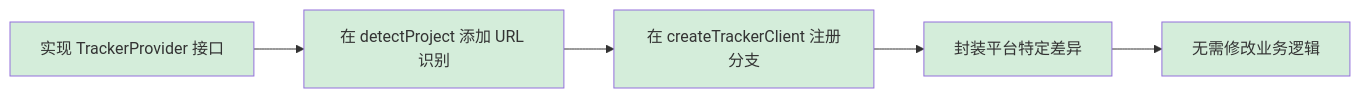
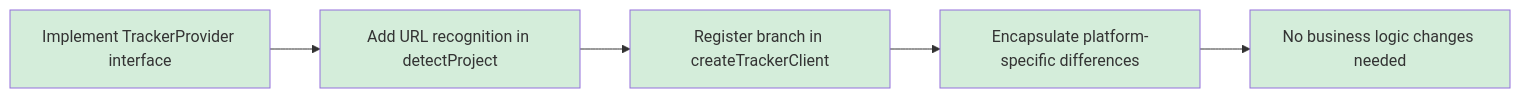
Before and after one commit to easyhaloo/afk: diagram 11 of 11 in docs/ARCHITECTURE.md, drawn with Mermaid. The commit also changed other lines of this file, not shown here.

Commit message:
docs: add English ARCHITECTURE.md

````diff
--- a/docs/ARCHITECTURE.md
+++ b/docs/ARCHITECTURE.md
@@ -618,10 +618,10 @@
 ```mermaid
 graph LR
-    A[实现 TrackerProvider 接口] --> B[在 detectProject 添加 URL 识别]
-    B --> C[在 createTrackerClient 注册分支]
-    C --> D[封装平台特定差异]
-    D --> E[无需修改业务逻辑]
+    A[Implement TrackerProvider interface] --> B[Add URL recognition in detectProject]
+    B --> C[Register branch in createTrackerClient]
+    C --> D[Encapsulate platform-specific differences]
+    D --> E[No business logic changes needed]
 
     classDef new fill:#d4edda
     class A,B,C,D,E new
 ```
````
